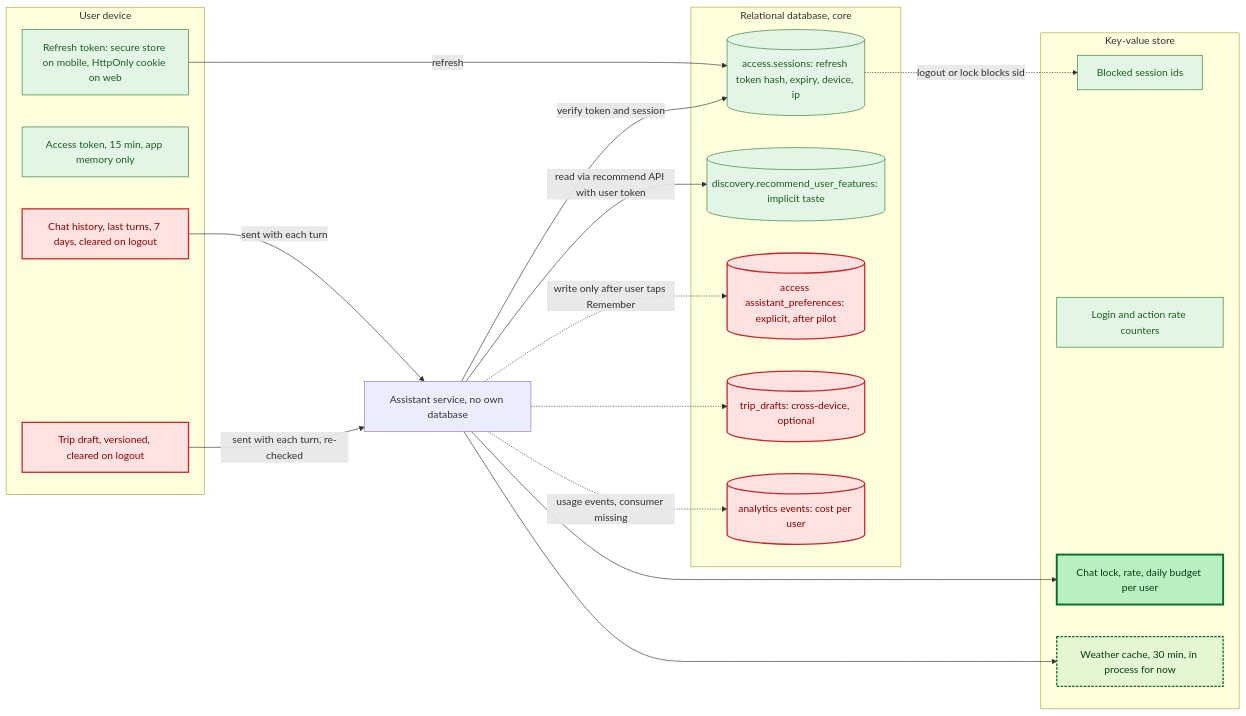
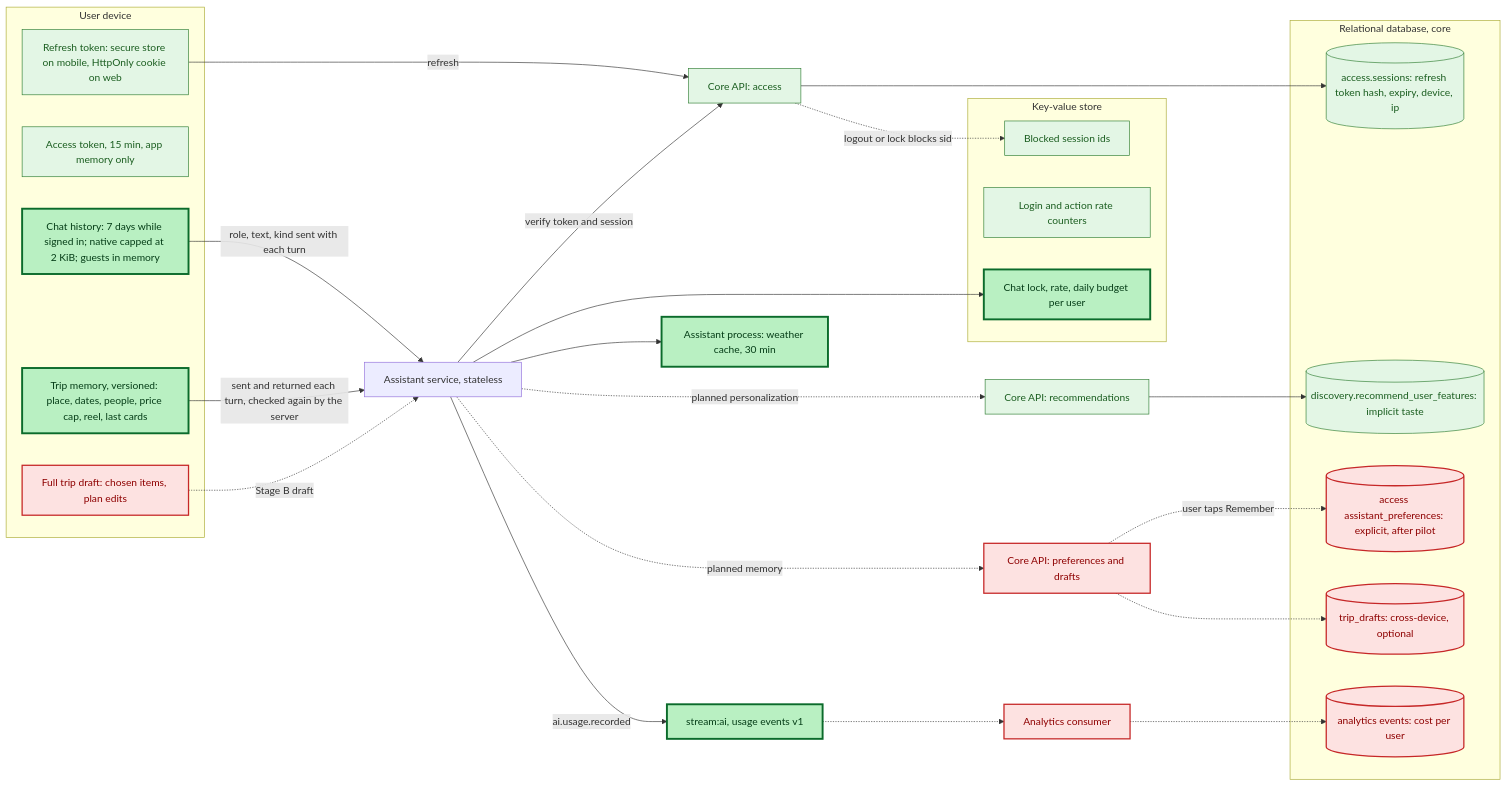
One commit to Sukemcute/tripflix-ai changed the fifth of 5 diagrams in docs/architecture/tripi-agent-kien-truc-chi-tiet.md. Above: the diagram before and after it, drawn with Mermaid. The commit also changed other lines of this file and 4 other files, not shown here.

````diff
--- a/docs/architecture/tripi-agent-kien-truc-chi-tiet.md
+++ b/docs/architecture/tripi-agent-kien-truc-chi-tiet.md
@@ -414,43 +437,56 @@
 ```mermaid
 flowchart LR
 classDef built fill:#b9f0c2,stroke:#0b6b2b,color:#053d17,stroke-width:3px
 classDef partbuilt fill:#e4f7d2,stroke:#0b6b2b,color:#053d17,stroke-width:2px,stroke-dasharray:4 2
 classDef exists fill:#e3f6e5,stroke:#2e7d32,color:#1b5e20
 classDef missing fill:#fde2e1,stroke:#c62828,color:#8e0000,stroke-width:2px
 
 subgraph DEV["User device"]
   D1["Refresh token: secure store on mobile, HttpOnly cookie on web"]:::exists
   D2["Access token, 15 min, app memory only"]:::exists
-  D3["Chat history, last turns, 7 days, cleared on logout"]:::missing
-  D4["Trip draft, versioned, cleared on logout"]:::missing
+  D3["Chat history: 7 days while signed in; native capped at 2 KiB; guests in memory"]:::built
+  D4["Trip memory, versioned: place, dates, people, price cap, reel, last cards"]:::built
+  D5["Full trip draft: chosen items, plan edits"]:::missing
 end
 
 subgraph KVS["Key-value store"]
   R1["Blocked session ids"]:::exists
   R2["Login and action rate counters"]:::exists
   R3["Chat lock, rate, daily budget per user"]:::built
-  R4["Weather cache, 30 min, in process for now"]:::partbuilt
-end
+  end
+
+R4["Assistant process: weather cache, 30 min"]:::built
 
 subgraph RDB["Relational database, core"]
   P1[("access.sessions: refresh token hash, expiry, device, ip")]:::exists
   P2[("discovery.recommend_user_features: implicit taste")]:::exists
   P3[("access assistant_preferences: explicit, after pilot")]:::missing
   P4[("trip_drafts: cross-device, optional")]:::missing
   P5[("analytics events: cost per user")]:::missing
 end
 
-AIS["Assistant service, no own database"]
+AIS["Assistant service, stateless"]
+COREAUTH["Core API: access"]:::exists
+COREREC["Core API: recommendations"]:::exists
+COREMEM["Core API: preferences and drafts"]:::missing
+USAGE["stream:ai, usage events v1"]:::built
+ANALYTICS["Analytics consumer"]:::missing
 
-D1 -->|"refresh"| P1
-P1 -.->|"logout or lock blocks sid"| R1
-D3 -->|"sent with each turn"| AIS
-D4 -->|"sent with each turn, re-checked"| AIS
-AIS -->|"verify token and session"| P1
+D1 -->|"refresh"| COREAUTH
+COREAUTH --> P1
+COREAUTH -.->|"logout or lock blocks sid"| R1
+D3 -->|"role, text, kind sent with each turn"| AIS
+D4 -->|"sent and returned each turn, checked again by the server"| AIS
+D5 -.->|"Stage B draft"| AIS
+AIS -->|"verify token and session"| COREAUTH
 AIS --> R3
 AIS --> R4
-AIS -->|"read via recommend API with user token"| P2
-AIS -.->|"write only after user taps Remember"| P3
-AIS -.-> P4
-AIS -.->|"usage events, consumer missing"| P5
+AIS -.->|"planned personalization"| COREREC
+COREREC --> P2
+AIS -.->|"planned memory"| COREMEM
+COREMEM -.->|"user taps Remember"| P3
+COREMEM -.-> P4
+AIS -->|"ai.usage.recorded"| USAGE
+USAGE -.-> ANALYTICS
+ANALYTICS -.-> P5
 ```
````
